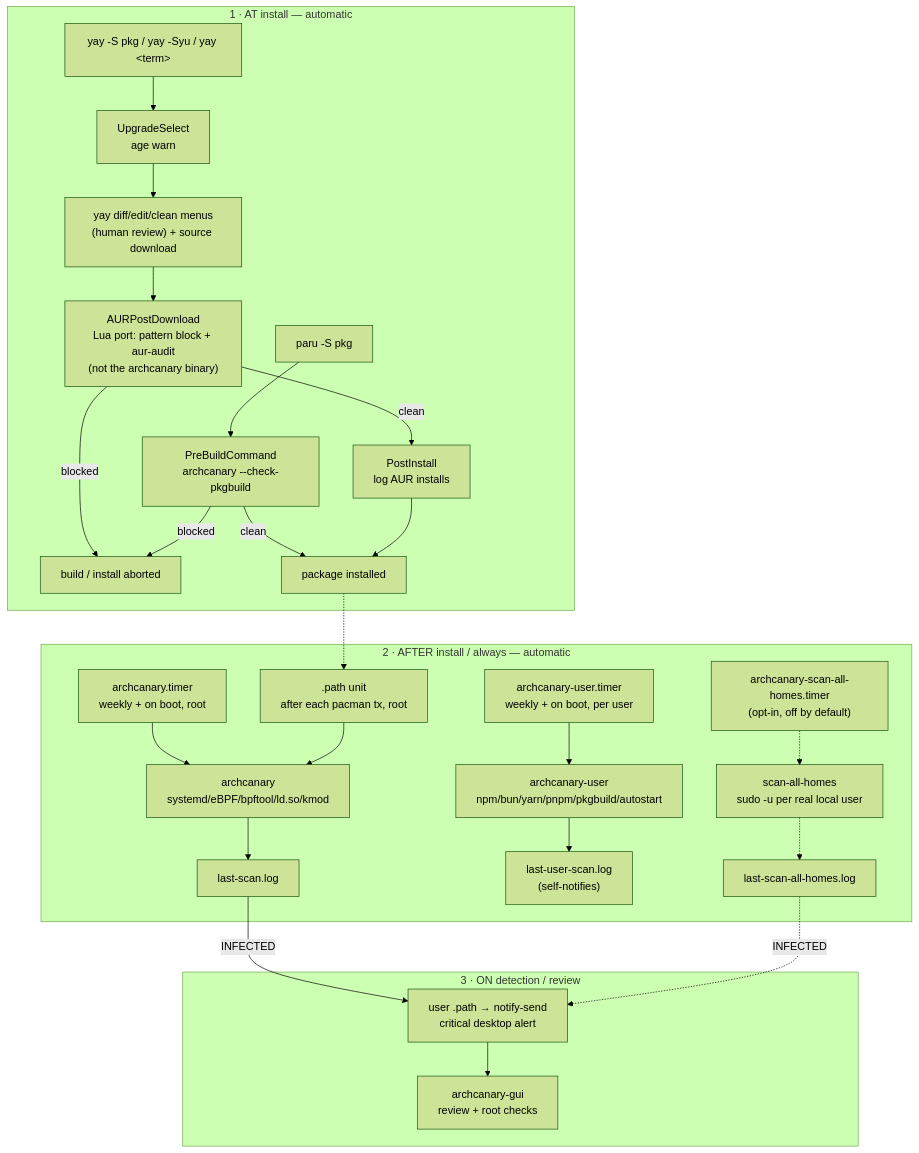
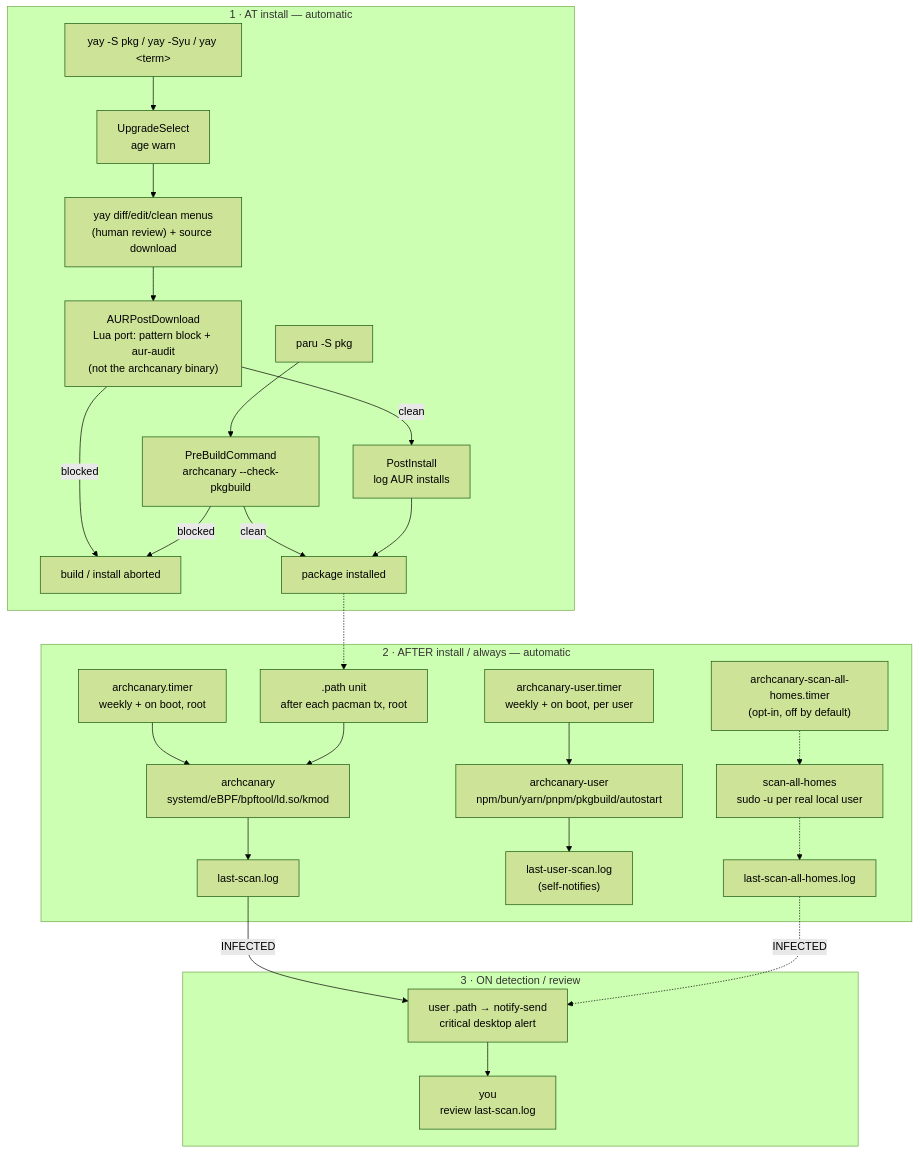
Before and after one commit to musqz/archcanary: the diagram in docs/overview.md, drawn with Mermaid (forest theme). The commit also changed other lines of this file and 13 other files, not shown here.

````diff
--- a/docs/overview.md
+++ b/docs/overview.md
@@ -9,35 +9,35 @@
 ```mermaid
 flowchart TD
     subgraph AT["1 · AT install — automatic"]
         U["yay -S pkg / yay -Syu / yay &lt;term&gt;"] --> SEL["UpgradeSelect<br/>age warn"]
         SEL --> REV["yay diff/edit/clean menus<br/>(human review) + source download"]
         REV --> PDL["AURPostDownload<br/>Lua port: pattern block + aur-audit<br/>(not the archcanary binary)"]
         UP["paru -S pkg"] --> PBC["PreBuildCommand<br/>archcanary --check-pkgbuild"]
         PDL -->|blocked| AB["build / install aborted"]
         PBC -->|blocked| AB
         PDL -->|clean| POST["PostInstall<br/>log AUR installs"]
         PBC -->|clean| OK["package installed"]
         POST --> OK
     end
 
     subgraph AFTER["2 · AFTER install / always — automatic"]
         TIM["archcanary.timer<br/>weekly + on boot, root"] --> SCAN["archcanary<br/>systemd/eBPF/bpftool/ld.so/kmod"]
         PTH[".path unit<br/>after each pacman tx, root"] --> SCAN
         SCAN --> LOG["last-scan.log"]
 
         UTIM["archcanary-user.timer<br/>weekly + on boot, per user"] --> USCAN["archcanary-user<br/>npm/bun/yarn/pnpm/pkgbuild/autostart"]
         USCAN --> ULOG["last-user-scan.log<br/>(self-notifies)"]
 
         SAHTIM["archcanary-scan-all-homes.timer<br/>(opt-in, off by default)"] -.-> SAH["scan-all-homes<br/>sudo -u per real local user"]
         SAH -.-> SAHLOG["last-scan-all-homes.log"]
     end
 
     subgraph ALERT["3 · ON detection / review"]
         NOT["user .path → notify-send<br/>critical desktop alert"]
         LOG -->|INFECTED| NOT
         SAHLOG -.->|INFECTED| NOT
-        NOT --> GUI["archcanary-gui<br/>review + root checks"]
+        NOT --> REVIEW["you<br/>review last-scan.log"]
     end
 
     OK -.-> PTH
 ```
````
